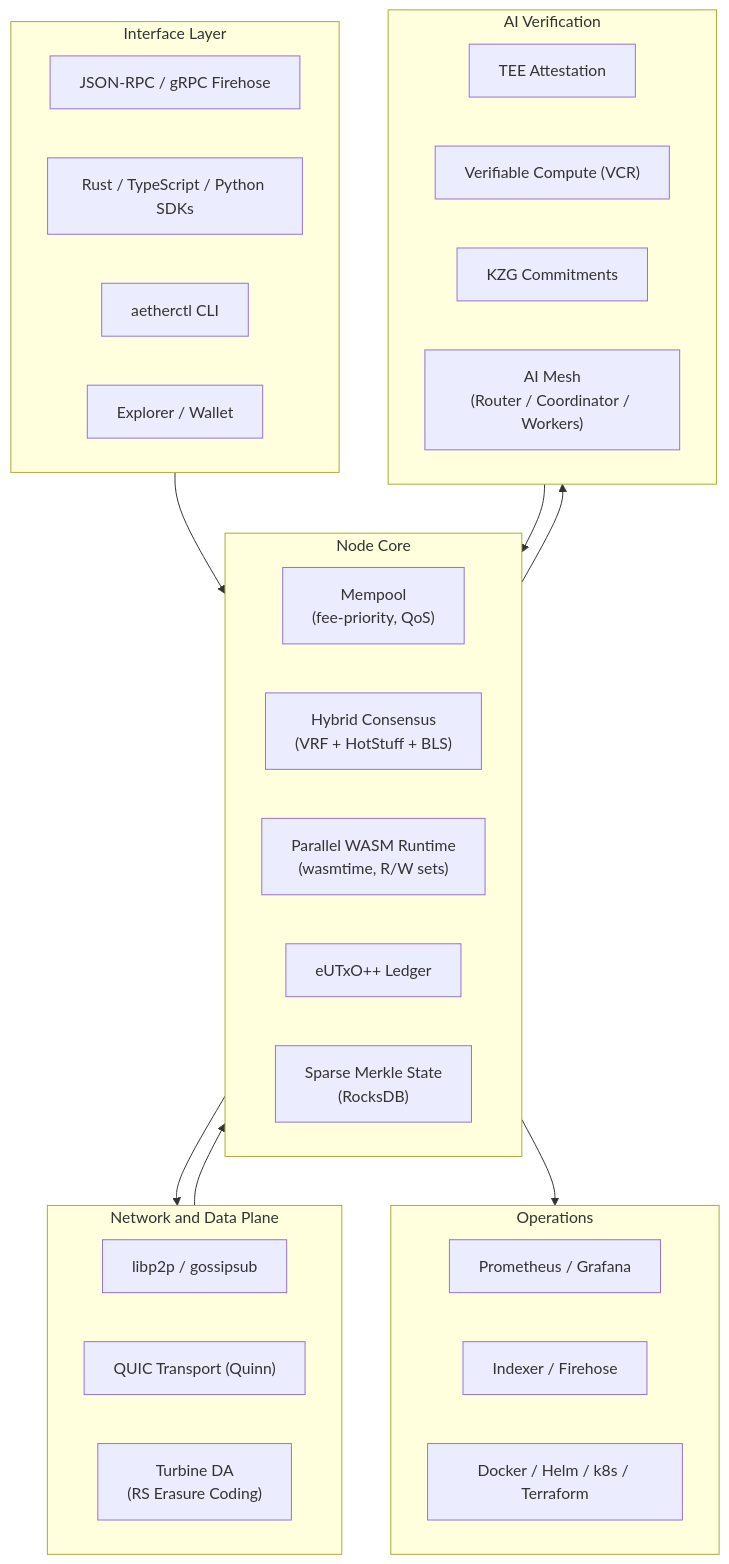
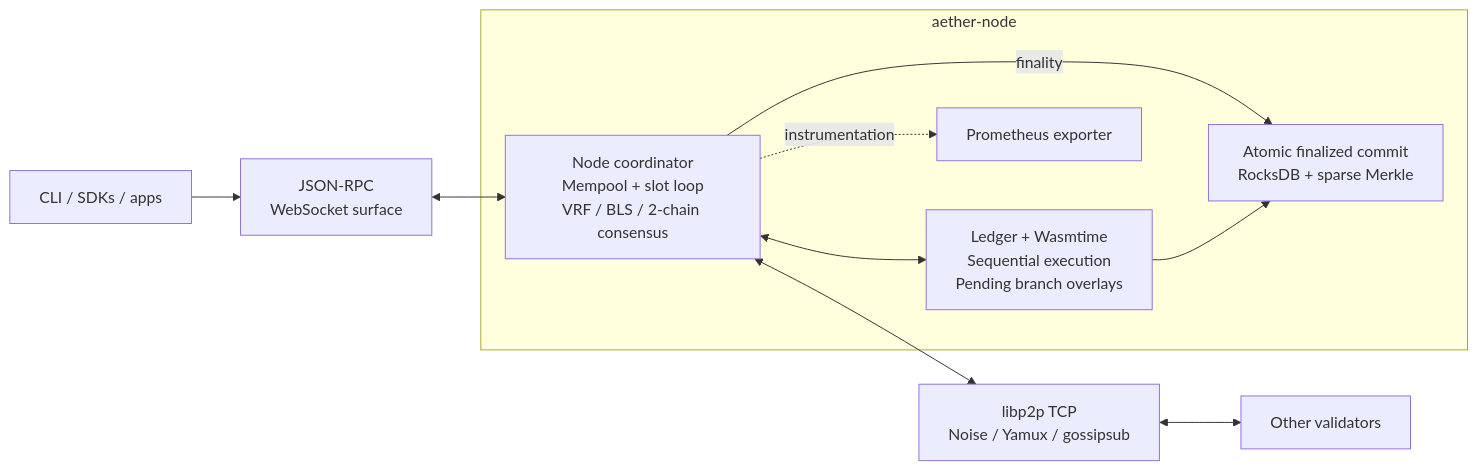
One commit to jadenfix/arrha changed the diagram in README.md. Above: the diagram before and after it, drawn with Mermaid. The commit also changed other lines of this file and 263 other files, not shown here.

````diff
--- a/README.md
+++ b/README.md
@@ -64,43 +64,14 @@
 ```mermaid
-flowchart TB
-    subgraph interface [Interface Layer]
-        RPC["JSON-RPC / gRPC Firehose"]
-        SDK["Rust / TypeScript / Python SDKs"]
-        CLI["aetherctl CLI"]
-        Apps["Explorer / Wallet"]
+flowchart LR
+    Clients["CLI / SDKs / apps"] --> RPC["JSON-RPC<br/>WebSocket surface"]
+    RPC <--> Core
+    subgraph Node["aether-node"]
+        Core["Node coordinator<br/>Mempool + slot loop<br/>VRF / BLS / 2-chain consensus"]
+        Core <--> Ledger["Ledger + Wasmtime<br/>Sequential execution<br/>Pending branch overlays"]
+        Core -->|finality| Store["Atomic finalized commit<br/>RocksDB + sparse Merkle"]
+        Ledger --> Store
+        Core -. instrumentation .-> Metrics["Prometheus exporter"]
     end
-
-    subgraph core [Node Core]
-        Mempool["Mempool\n(fee-priority, QoS)"]
-        Consensus["Hybrid Consensus\n(VRF + HotStuff + BLS)"]
-        Runtime["Parallel WASM Runtime\n(wasmtime, R/W sets)"]
-        Ledger["eUTxO++ Ledger"]
-        State["Sparse Merkle State\n(RocksDB)"]
-    end
-
-    subgraph network [Network and Data Plane]
-        P2P["libp2p / gossipsub"]
-        QUIC["QUIC Transport (Quinn)"]
-        Turbine["Turbine DA\n(RS Erasure Coding)"]
-    end
-
-    subgraph ai [AI Verification]
-        TEE["TEE Attestation"]
-        VCR["Verifiable Compute (VCR)"]
-        KZG["KZG Commitments"]
-        Mesh["AI Mesh\n(Router / Coordinator / Workers)"]
-    end
-
-    subgraph ops [Operations]
-        Metrics["Prometheus / Grafana"]
-        Indexer["Indexer / Firehose"]
-        Deploy["Docker / Helm / k8s / Terraform"]
-    end
-
-    interface --> core
-    core --> network
-    core --> ai
-    core --> ops
-    network --> core
-    ai --> core
+    Core <--> P2P["libp2p TCP<br/>Noise / Yamux / gossipsub"]
+    P2P <--> Peers["Other validators"]
 ```
````
